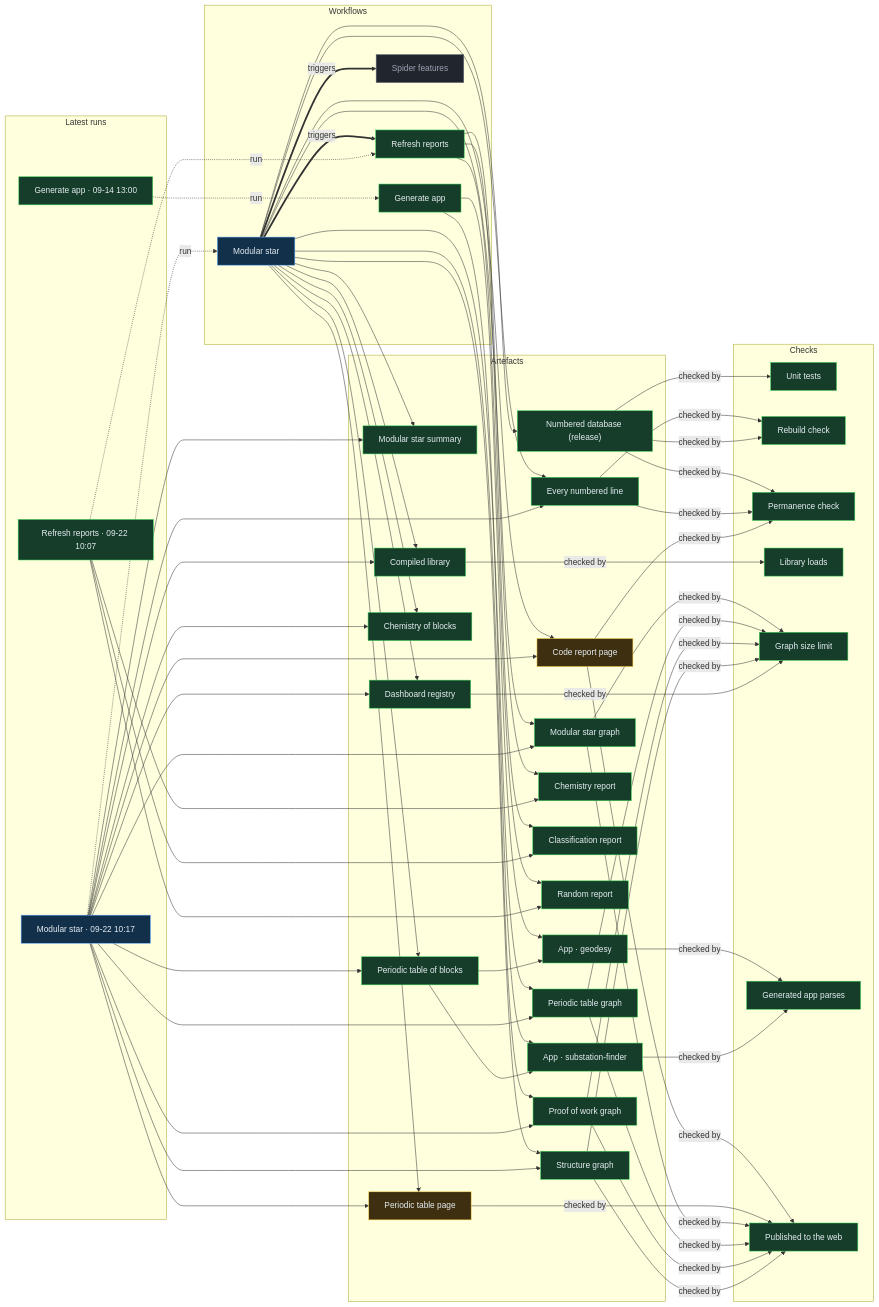
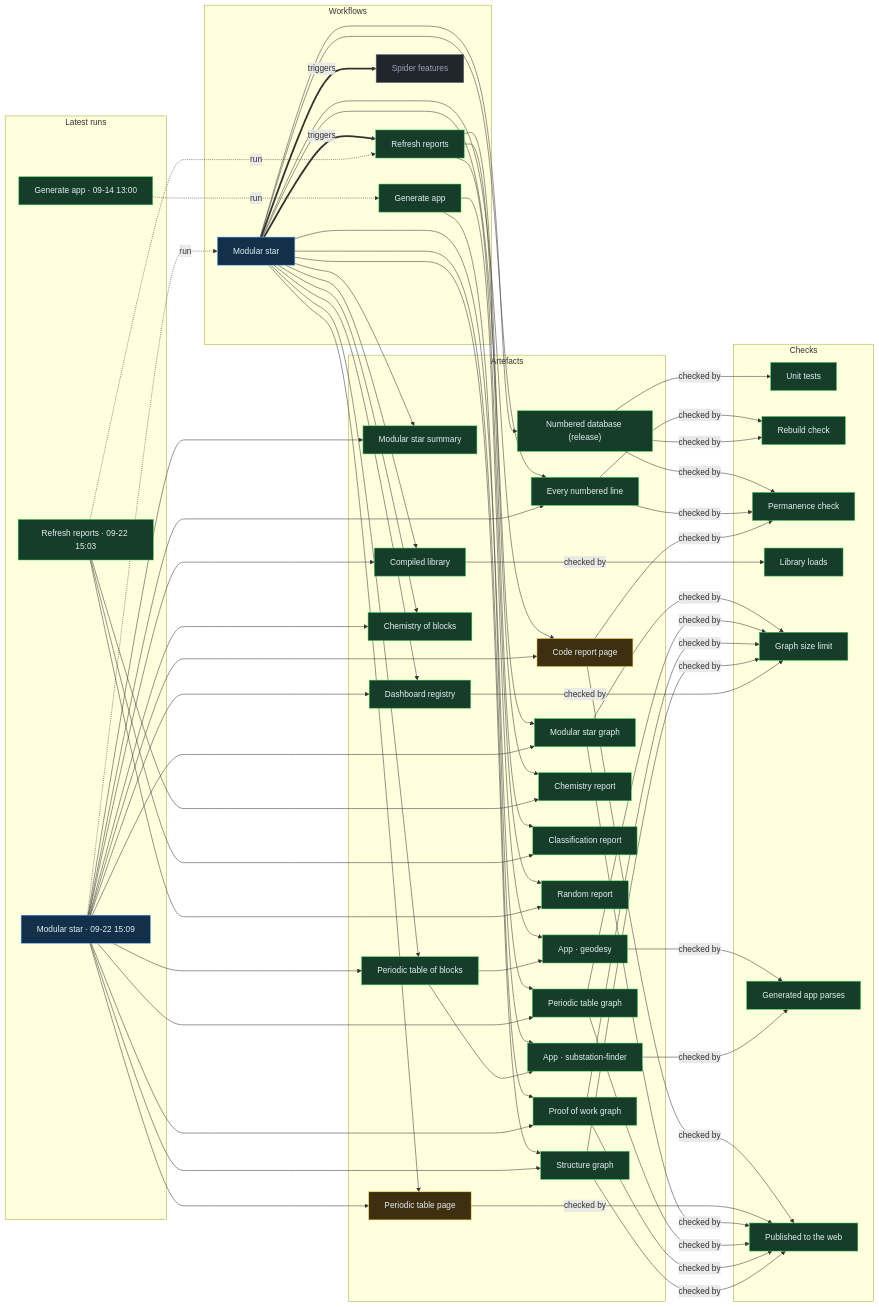
One commit to Ventusltd/stars changed the diagram in proof/PROOF.md. Above: the diagram before and after it, drawn with Mermaid. The commit also changed other lines of this file and 35 other files, not shown here.

Commit message:
Modular star 2026-09-22T15:11Z

```diff
--- a/proof/PROOF.md
+++ b/proof/PROOF.md
@@ -24,8 +24,8 @@
   n_wf_spider_features["Spider features"]:::off
   end
   subgraph g_runs["Latest runs"]
-  n_run_35715138715["Modular star · 09-22 10:17"]:::live
-  n_run_35714208869["Refresh reports · 09-22 10:07"]:::ok
+  n_run_35745305571["Modular star · 09-22 15:09"]:::live
+  n_run_35744596265["Refresh reports · 09-22 15:03"]:::ok
   n_run_34846587798["Generate app · 09-14 13:00"]:::ok
   end
   subgraph g_artefacts["Artefacts"]
@@ -59,39 +59,39 @@
   end
   n_wf_modular_star == triggers ==> n_wf_refresh
   n_wf_modular_star == triggers ==> n_wf_spider_features
-  n_run_35715138715 -. run .-> n_wf_modular_star
-  n_run_35714208869 -. run .-> n_wf_refresh
+  n_run_35745305571 -. run .-> n_wf_modular_star
+  n_run_35744596265 -. run .-> n_wf_refresh
   n_run_34846587798 -. run .-> n_wf_generate
   n_wf_modular_star --> n_art_summary
-  n_run_35715138715 --> n_art_summary
+  n_run_35745305571 --> n_art_summary
   n_wf_modular_star --> n_art_lines
-  n_run_35715138715 --> n_art_lines
+  n_run_35745305571 --> n_art_lines
   n_wf_modular_star --> n_art_code
-  n_run_35715138715 --> n_art_code
+  n_run_35745305571 --> n_art_code
   n_wf_modular_star --> n_art_modular_graph
-  n_run_35715138715 --> n_art_modular_graph
+  n_run_35745305571 --> n_art_modular_graph
   n_wf_modular_star --> n_art_blocks
-  n_run_35715138715 --> n_art_blocks
+  n_run_35745305571 --> n_art_blocks
   n_wf_modular_star --> n_art_table
-  n_run_35715138715 --> n_art_table
+  n_run_35745305571 --> n_art_table
   n_wf_modular_star --> n_art_blocks_graph
-  n_run_35715138715 --> n_art_blocks_graph
+  n_run_35745305571 --> n_art_blocks_graph
   n_wf_modular_star --> n_art_reactions
-  n_run_35715138715 --> n_art_reactions
+  n_run_35745305571 --> n_art_reactions
   n_wf_modular_star --> n_art_library
-  n_run_35715138715 --> n_art_library
+  n_run_35745305571 --> n_art_library
   n_wf_modular_star --> n_art_features
-  n_run_35715138715 --> n_art_features
+  n_run_35745305571 --> n_art_features
   n_wf_modular_star --> n_art_proof
-  n_run_35715138715 --> n_art_proof
+  n_run_35745305571 --> n_art_proof
   n_wf_modular_star --> n_art_structure
-  n_run_35715138715 --> n_art_structure
+  n_run_35745305571 --> n_art_structure
   n_wf_refresh --> n_art_chemistry
-  n_run_35714208869 --> n_art_chemistry
+  n_run_35744596265 --> n_art_chemistry
   n_wf_refresh --> n_art_vedic
-  n_run_35714208869 --> n_art_vedic
+  n_run_35744596265 --> n_art_vedic
   n_wf_refresh --> n_art_random
-  n_run_35714208869 --> n_art_random
+  n_run_35744596265 --> n_art_random
   n_wf_modular_star --> n_art_release
   n_wf_generate --> n_app_geodesy
   n_art_blocks --> n_app_geodesy
```
